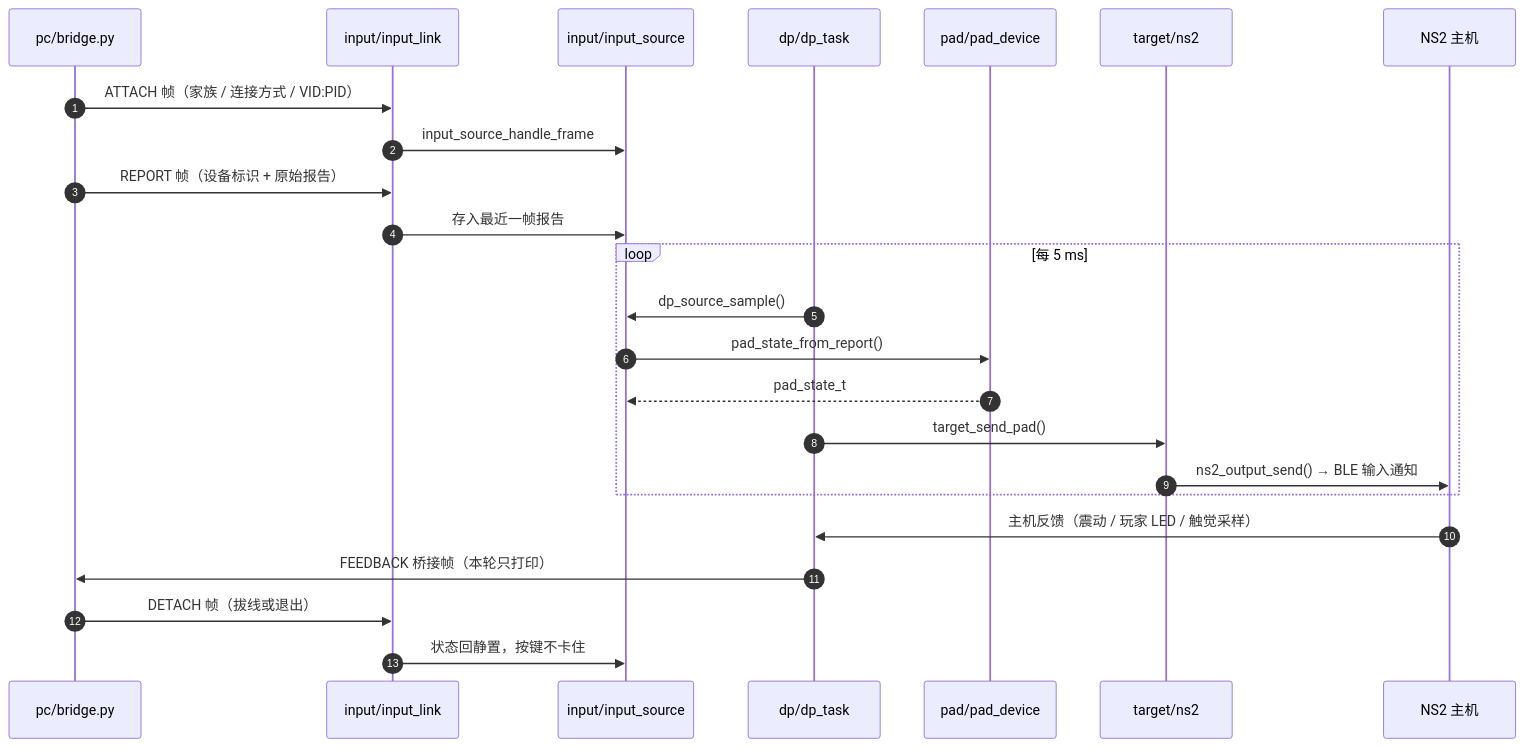
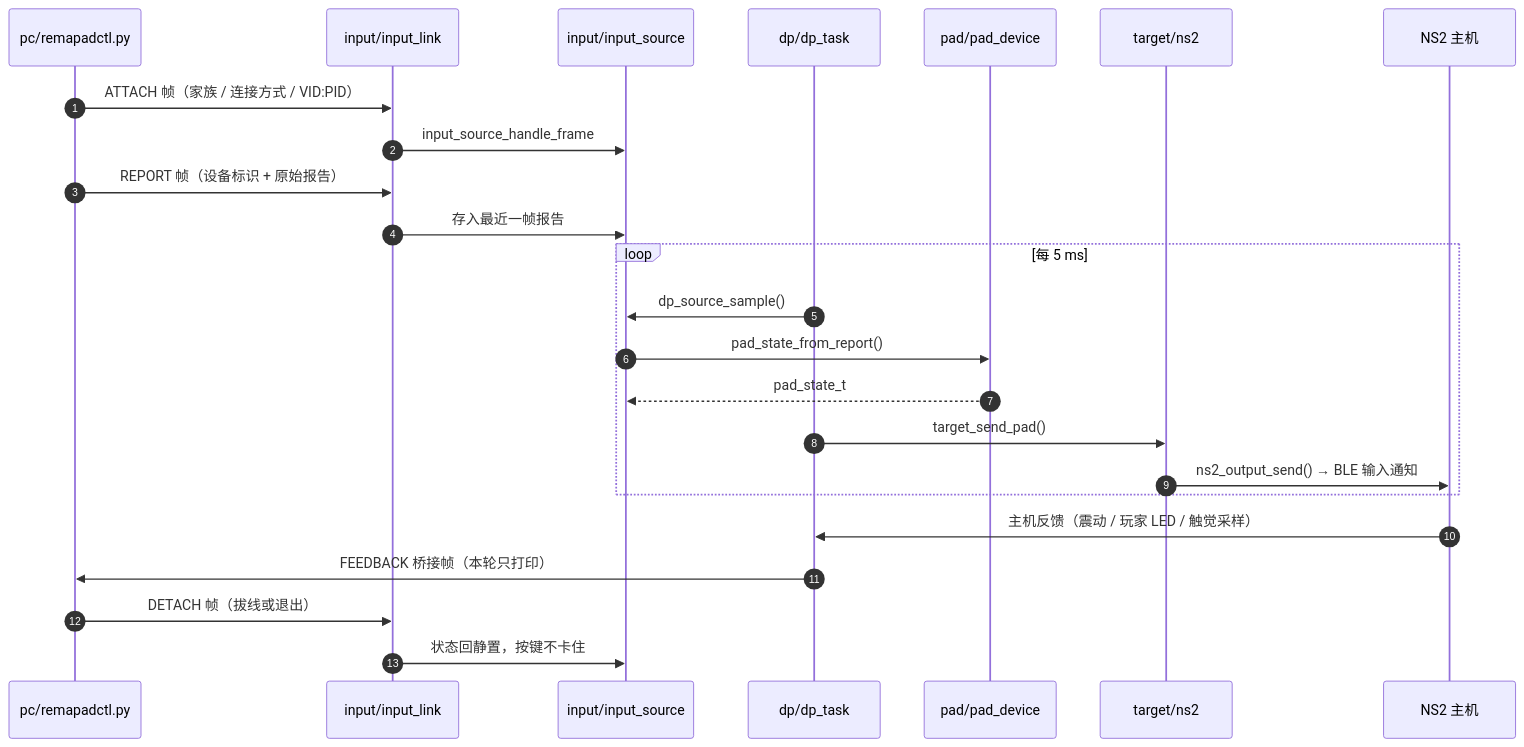
The fifth of 7 diagrams in docs/ABSTRACTIONS.md (slime7/remapad), drawn with Mermaid before and after one commit. The commit also changed other lines of this file and 46 other files, not shown here.

First line of the commit message:
feat(pc,firmware): PC 工具合并为单进程，新增实机截图与耳机状态透传

````diff
--- a/docs/ABSTRACTIONS.md
+++ b/docs/ABSTRACTIONS.md
@@ -315,27 +322,27 @@
 ```mermaid
 sequenceDiagram
     autonumber
-    participant PC as pc/bridge.py
+    participant PC as pc/remapadctl.py
     participant RECV as input/input_link
     participant SRC as input/input_source
     participant DP as dp/dp_task
     participant DEV as pad/pad_device
     participant TGT as target/ns2
     participant HOST as NS2 主机
 
     PC->>RECV: ATTACH 帧（家族 / 连接方式 / VID:PID）
     RECV->>SRC: input_source_handle_frame
     PC->>RECV: REPORT 帧（设备标识 + 原始报告）
     RECV->>SRC: 存入最近一帧报告
     loop 每 5 ms
         DP->>SRC: dp_source_sample()
         SRC->>DEV: pad_state_from_report()
         DEV-->>SRC: pad_state_t
         DP->>TGT: target_send_pad()
         TGT->>HOST: ns2_output_send() → BLE 输入通知
     end
     HOST->>DP: 主机反馈（震动 / 玩家 LED / 触觉采样）
     DP->>PC: FEEDBACK 桥接帧（本轮只打印）
     PC->>RECV: DETACH 帧（拔线或退出）
     RECV->>SRC: 状态回静置，按键不卡住
 ```
````
